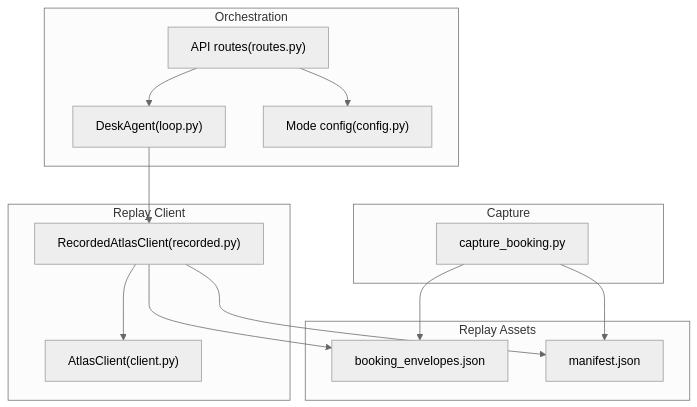
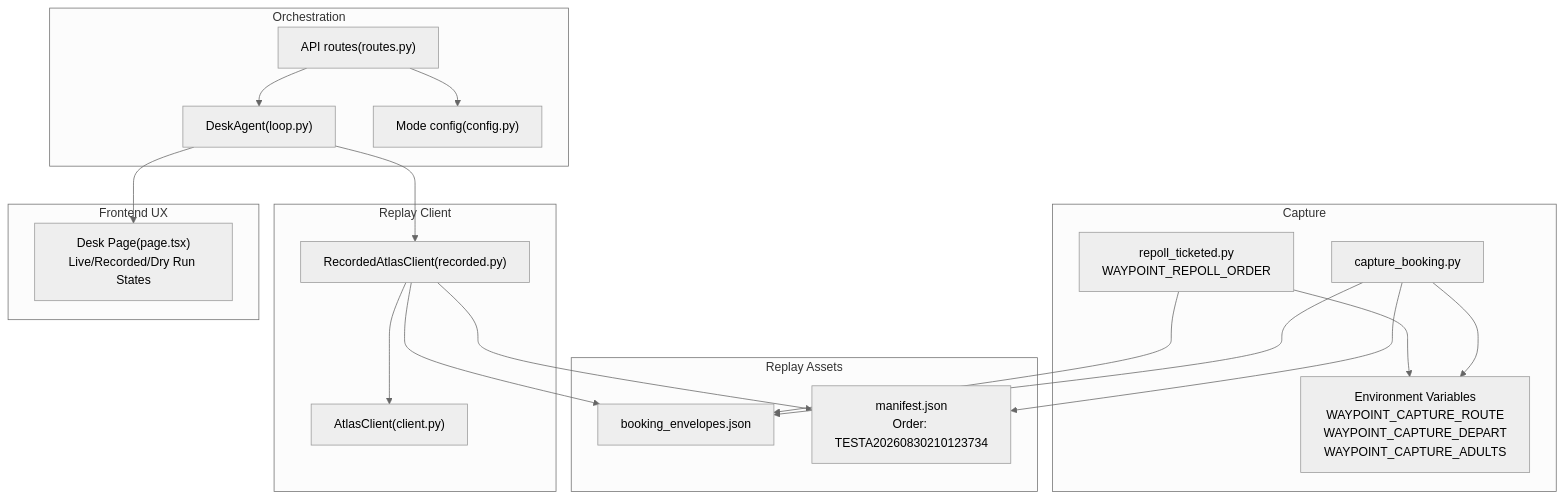
One commit to jaydonnnk/waypoint changed the first of 7 diagrams in .qoder/repowiki/en/content/Atlas Integration/Recorded Mode Engine.md. Above: the diagram before and after it, drawn with Mermaid (neutral theme). The commit also changed other lines of this file and 14 other files, not shown here.

````diff
--- a/.qoder/repowiki/en/content/Atlas Integration/Recorded Mode Engine.md
+++ b/.qoder/repowiki/en/content/Atlas Integration/Recorded Mode Engine.md
@@ -46,27 +59,36 @@
 ```mermaid
 graph TB
 subgraph "Capture"
 CAP["capture_booking.py"]
+ENV["Environment Variables<br/>WAYPOINT_CAPTURE_ROUTE<br/>WAYPOINT_CAPTURE_DEPART<br/>WAYPOINT_CAPTURE_ADULTS"]
+REPOLL["repoll_ticketed.py<br/>WAYPOINT_REPOLL_ORDER"]
 end
 subgraph "Replay Assets"
 REC["booking_envelopes.json"]
-MAN["manifest.json"]
+MAN["manifest.json<br/>Order: TESTA20260830210123734"]
 end
 subgraph "Replay Client"
 RC["RecordedAtlasClient(recorded.py)"]
 BASE["AtlasClient(client.py)"]
 end
 subgraph "Orchestration"
 LOOP["DeskAgent(loop.py)"]
 ROUTE["API routes(routes.py)"]
 CFG["Mode config(config.py)"]
 end
+subgraph "Frontend UX"
+FE["Desk Page(page.tsx)<br/>Live/Recorded/Dry Run States"]
+end
+CAP --> ENV
 CAP --> REC
 CAP --> MAN
+REPOLL --> ENV
+REPOLL --> REC
 ROUTE --> CFG
 ROUTE --> LOOP
 LOOP --> RC
 RC --> BASE
 RC --> MAN
 RC --> REC
+LOOP --> FE
 ```
````
